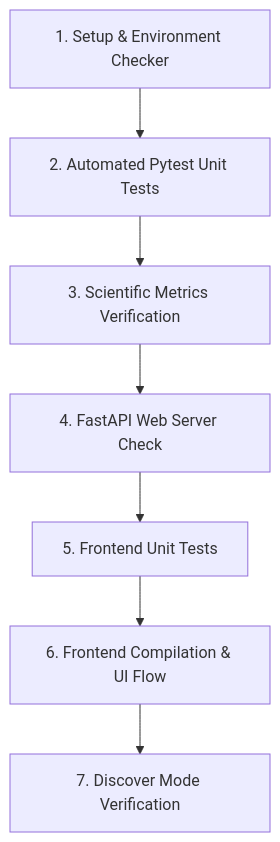
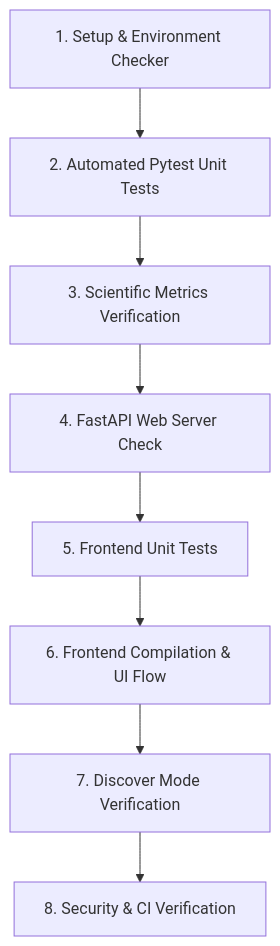
Before and after one commit to voidomin/AlignX: the diagram in docs/testing/VERIFICATION.md, drawn with Mermaid. The commit also changed other lines of this file and 18 other files, not shown here.

````diff
--- a/docs/testing/VERIFICATION.md
+++ b/docs/testing/VERIFICATION.md
@@ -11,9 +11,10 @@
 ```mermaid
 graph TD
     A[1. Setup & Environment Checker] --> B[2. Automated Pytest Unit Tests]
     B --> C[3. Scientific Metrics Verification]
     C --> D[4. FastAPI Web Server Check]
     D --> E[5. Frontend Unit Tests]
     E --> F[6. Frontend Compilation & UI Flow]
     F --> G[7. Discover Mode Verification]
+    G --> H[8. Security & CI Verification]
 ```
````
